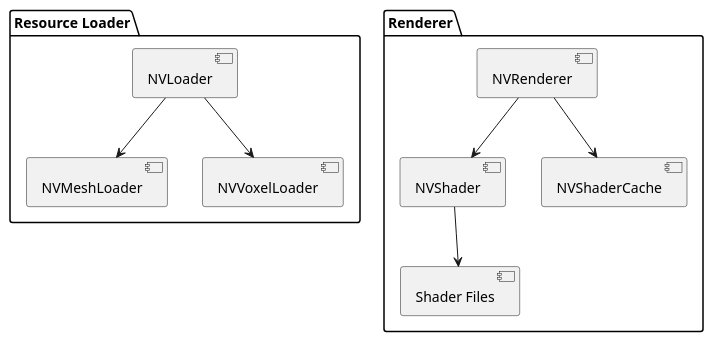
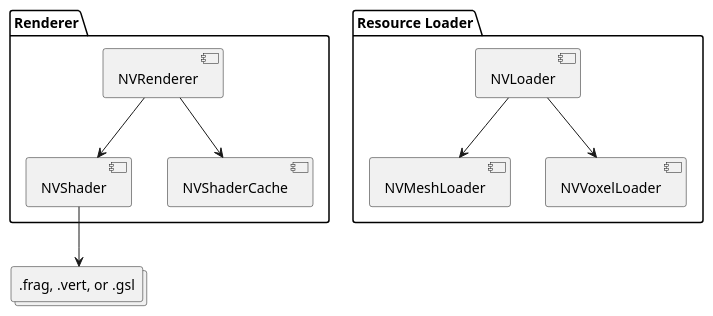
The diagram in uml/architecture.puml (cdrake/nifti-viewer-ts), drawn with PlantUML before and after one commit.

Commit message:
Added shader files to UML diagram

```diff
--- a/uml/architecture.puml
+++ b/uml/architecture.puml
@@ -1,14 +1,18 @@
 @startuml Architecture
 
 package "Resource Loader" {
     [NVLoader] --> [NVMeshLoader]
     [NVLoader] --> [NVVoxelLoader]
 }
 
+
 package "Renderer" {
     [NVRenderer] --> [NVShader]
     [NVRenderer] --> [NVShaderCache]
-    [NVShader] --> [Shader Files]
 }
 
+collections ".frag, .vert, or .gsl" as ShaderFiles
+
+[NVShader] --> ShaderFiles
+
 @enduml
```
